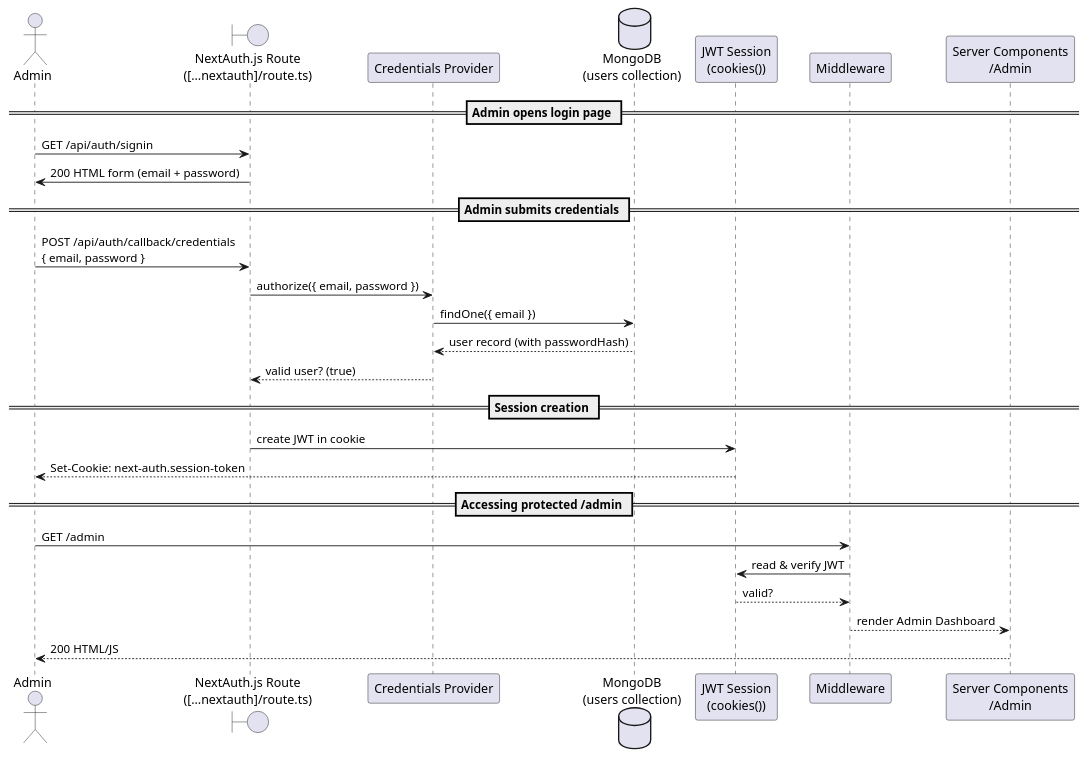
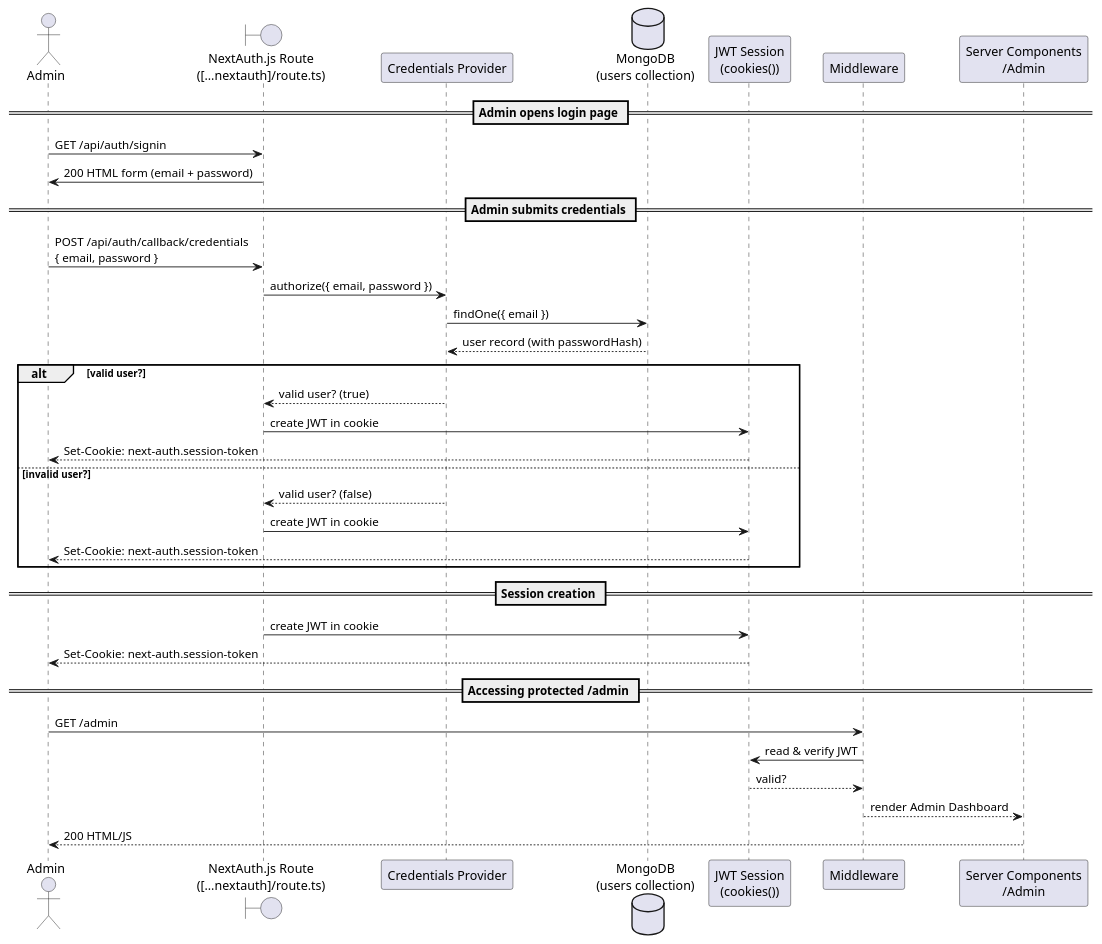
One commit to HamiltonPDev/Portfolio-Exam-Hamilton changed the diagram in opdracht-2-ontwerp/uml-diagrammen/sequence_overview.wsd. Above: the diagram before and after it, drawn with PlantUML. The commit also changed 7 other files, not shown here.

```diff
--- a/opdracht-2-ontwerp/uml-diagrammen/sequence_overview.wsd
+++ b/opdracht-2-ontwerp/uml-diagrammen/sequence_overview.wsd
@@ -1,32 +1,41 @@
 @startuml sequence_overview
 actor Admin
 boundary "NextAuth.js Route\n([…nextauth]/route.ts)" as NextAuth
 participant "Credentials Provider" as CredProv
 database "MongoDB\n(users collection)" as DB
 participant "JWT Session\n(cookies())" as Session
 participant Middleware
 participant "Server Components\n/Admin" as AdminUI
 
 == Admin opens login page ==
 Admin -> NextAuth: GET /api/auth/signin
 NextAuth -> Admin: 200 HTML form (email + password)
 
 == Admin submits credentials ==
 Admin -> NextAuth: POST /api/auth/callback/credentials\n{ email, password }
 NextAuth -> CredProv: authorize({ email, password })
 CredProv -> DB: findOne({ email })
 DB --> CredProv: user record (with passwordHash)
-CredProv --> NextAuth: valid user? (true)
+
+alt valid user?
+    CredProv --> NextAuth: valid user? (true)
+    NextAuth -> Session: create JWT in cookie
+    Session --> Admin: Set-Cookie: next-auth.session-token
+  else invalid user?
+    CredProv --> NextAuth: valid user? (false)
+    NextAuth -> Session: create JWT in cookie
+    Session --> Admin: Set-Cookie: next-auth.session-token
+  end
 
 == Session creation ==
 NextAuth -> Session: create JWT in cookie
 Session --> Admin: Set-Cookie: next-auth.session-token
 
 == Accessing protected /admin ==
 Admin -> Middleware: GET /admin
 Middleware -> Session: read & verify JWT
 Session --> Middleware: valid?
 Middleware --> AdminUI: render Admin Dashboard
 AdminUI --> Admin: 200 HTML/JS
 
 @enduml
```
